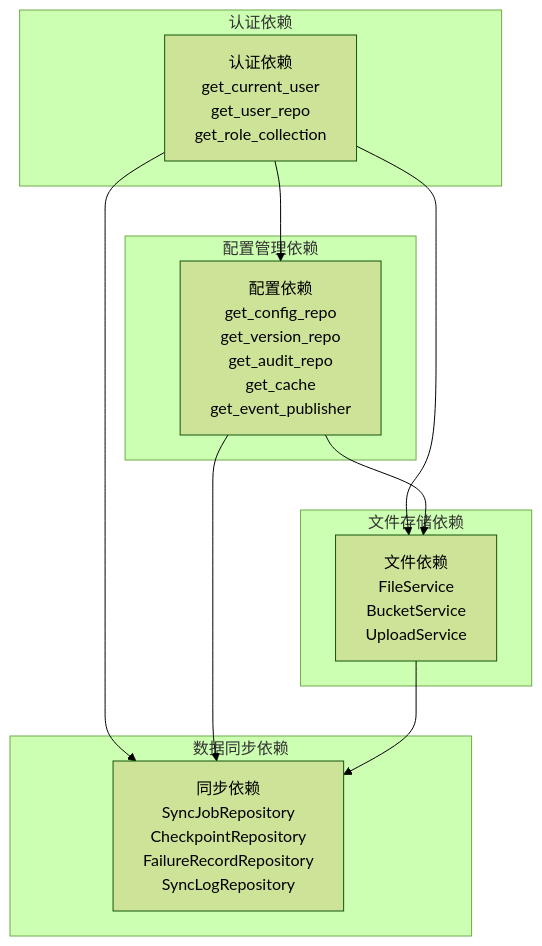
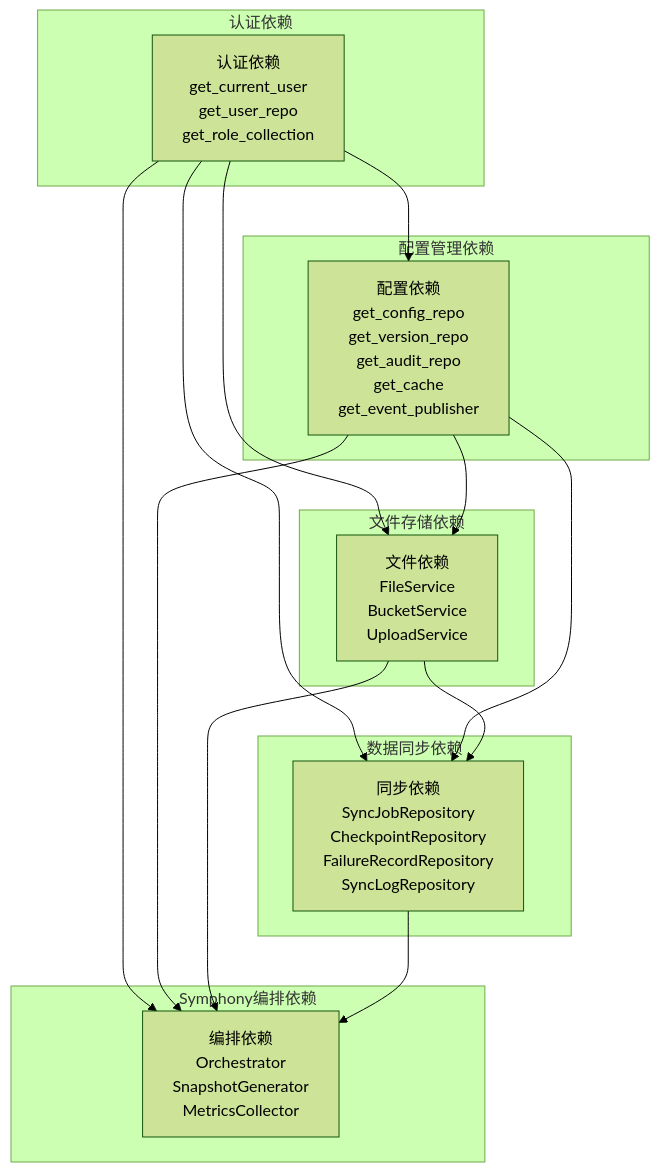
Before and after one commit to xinetzone/tao: diagram 11 of 11 in .qoder/repowiki/zh/content/API参考文档/API参考文档.md, drawn with Mermaid (forest theme). The commit also changed other lines of this file and 5 other files, not shown here.

````diff
--- a/.qoder/repowiki/zh/content/API参考文档/API参考文档.md
+++ b/.qoder/repowiki/zh/content/API参考文档/API参考文档.md
@@ -594,21 +868,28 @@
 ```mermaid
 graph TB
 subgraph "认证依赖"
 AUTH_DEP["认证依赖<br/>get_current_user<br/>get_user_repo<br/>get_role_collection"]
 end
 subgraph "配置管理依赖"
 CONFIG_DEP["配置依赖<br/>get_config_repo<br/>get_version_repo<br/>get_audit_repo<br/>get_cache<br/>get_event_publisher"]
 end
 subgraph "文件存储依赖"
 FILE_DEP["文件依赖<br/>FileService<br/>BucketService<br/>UploadService"]
 end
 subgraph "数据同步依赖"
 SYNC_DEP["同步依赖<br/>SyncJobRepository<br/>CheckpointRepository<br/>FailureRecordRepository<br/>SyncLogRepository"]
 end
+subgraph "Symphony编排依赖"
+SYM_DEP["编排依赖<br/>Orchestrator<br/>SnapshotGenerator<br/>MetricsCollector"]
+end
 AUTH_DEP --> CONFIG_DEP
 AUTH_DEP --> FILE_DEP
 AUTH_DEP --> SYNC_DEP
+AUTH_DEP --> SYM_DEP
 CONFIG_DEP --> FILE_DEP
 CONFIG_DEP --> SYNC_DEP
+CONFIG_DEP --> SYM_DEP
 FILE_DEP --> SYNC_DEP
+FILE_DEP --> SYM_DEP
+SYNC_DEP --> SYM_DEP
 ```
````
